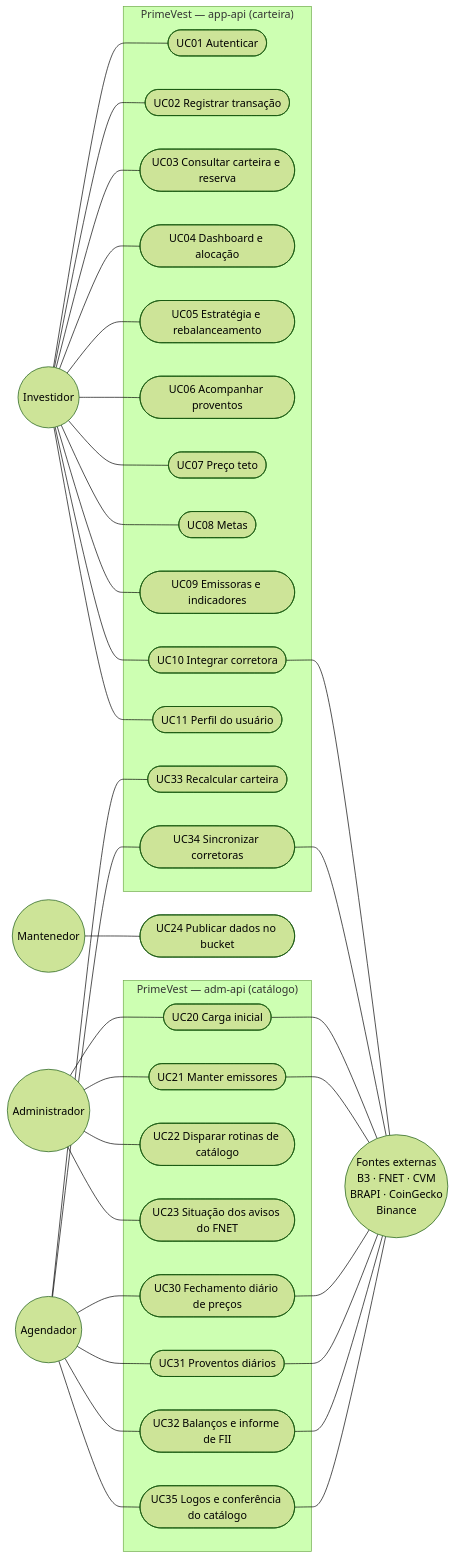
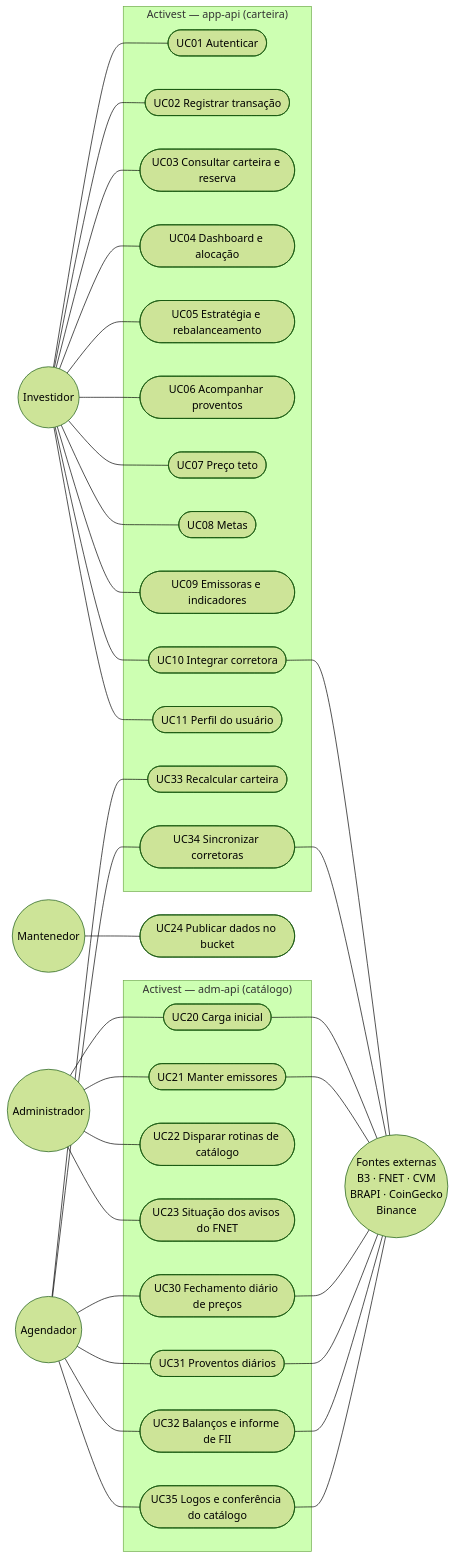
Before and after one commit to guilherme-dealmeida/activest: the first of 8 diagrams in docs/USE_CASES.md, drawn with Mermaid (forest theme). The commit also changed other lines of this file and 37 other files, not shown here.

````diff
--- a/docs/USE_CASES.md
+++ b/docs/USE_CASES.md
@@ -38,44 +38,44 @@
 ```mermaid
 flowchart LR
     inv(("Investidor"))
     adm(("Administrador"))
     mnt(("Mantenedor"))
     sch(("Agendador"))
     ext(("Fontes externas<br/>B3 · FNET · CVM<br/>BRAPI · CoinGecko<br/>Binance"))
 
-    subgraph APP["PrimeVest — app-api (carteira)"]
+    subgraph APP["Activest — app-api (carteira)"]
         uc01(["UC01 Autenticar"])
         uc02(["UC02 Registrar transação"])
         uc03(["UC03 Consultar carteira e reserva"])
         uc04(["UC04 Dashboard e alocação"])
         uc05(["UC05 Estratégia e rebalanceamento"])
         uc06(["UC06 Acompanhar proventos"])
         uc07(["UC07 Preço teto"])
         uc08(["UC08 Metas"])
         uc09(["UC09 Emissoras e indicadores"])
         uc10(["UC10 Integrar corretora"])
         uc11(["UC11 Perfil do usuário"])
         uc33(["UC33 Recalcular carteira"])
         uc34(["UC34 Sincronizar corretoras"])
     end
 
-    subgraph ADM["PrimeVest — adm-api (catálogo)"]
+    subgraph ADM["Activest — adm-api (catálogo)"]
         uc20(["UC20 Carga inicial"])
         uc21(["UC21 Manter emissores"])
         uc22(["UC22 Disparar rotinas de catálogo"])
         uc23(["UC23 Situação dos avisos do FNET"])
         uc30(["UC30 Fechamento diário de preços"])
         uc31(["UC31 Proventos diários"])
         uc32(["UC32 Balanços e informe de FII"])
         uc35(["UC35 Logos e conferência do catálogo"])
     end
 
     uc24(["UC24 Publicar dados no bucket"])
 
     inv --- uc01 & uc02 & uc03 & uc04 & uc05 & uc06 & uc07 & uc08 & uc09 & uc10 & uc11
     adm --- uc20 & uc21 & uc22 & uc23
     mnt --- uc24
     sch --- uc30 & uc31 & uc32 & uc35 & uc33 & uc34
     uc10 & uc34 --- ext
     uc20 & uc21 & uc30 & uc31 & uc32 & uc35 --- ext
 ```
````
